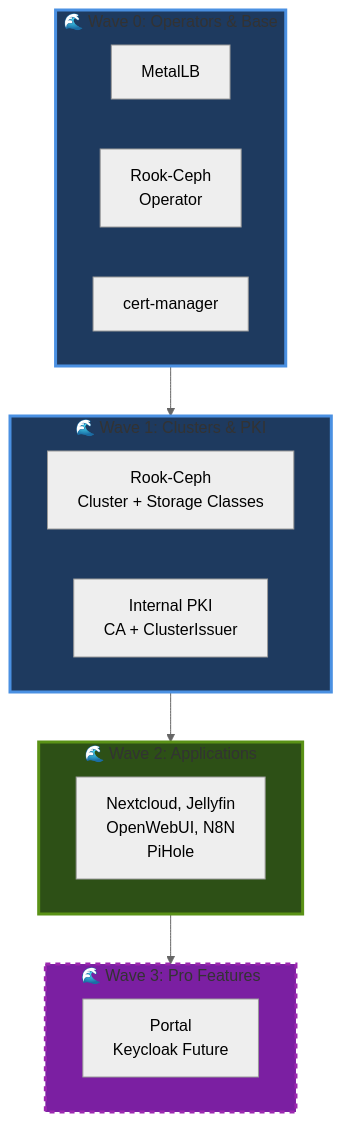
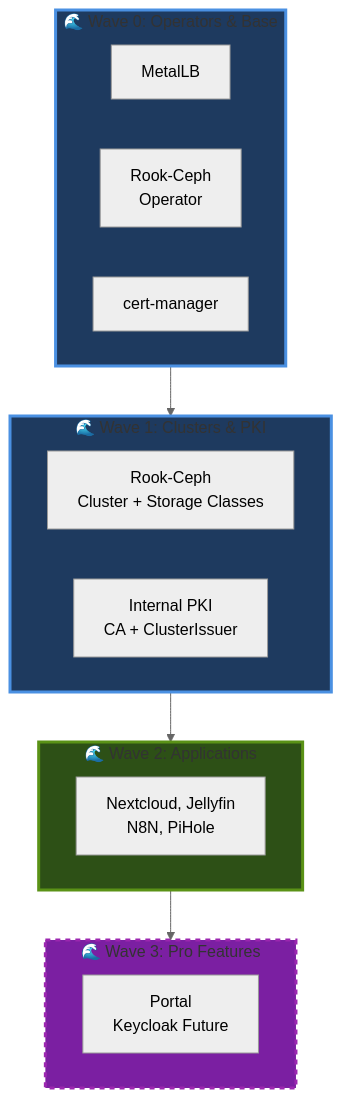
Before and after one commit to seadogger-tech/seadogger-homelab: the sixth of 6 diagrams in docs/wiki/05-GitOps-and-IaC.md, drawn with Mermaid (neutral theme). The commit also changed other lines of this file, not shown here.

Commit message:
docs: update docs/wiki/05-GitOps-and-IaC.md for retired Bedrock, OpenWebUI and Hermes (OCE-101)

````diff
--- a/docs/wiki/05-GitOps-and-IaC.md
+++ b/docs/wiki/05-GitOps-and-IaC.md
@@ -407,30 +379,30 @@
 ```mermaid
 graph TD
     subgraph Wave0["🌊 Wave 0: Operators & Base"]
         MetalLB[MetalLB]
         RookOp[Rook-Ceph<br/>Operator]
         CertMgr[cert-manager]
     end
 
     subgraph Wave1["🌊 Wave 1: Clusters & PKI"]
         RookCluster[Rook-Ceph<br/>Cluster + Storage Classes]
         PKI[Internal PKI<br/>CA + ClusterIssuer]
     end
 
     subgraph Wave2["🌊 Wave 2: Applications"]
-        Apps[Nextcloud, Jellyfin<br/>OpenWebUI, N8N<br/>PiHole]
+        Apps[Nextcloud, Jellyfin<br/>N8N, PiHole]
     end
 
     subgraph WavePro["🌊 Wave 3: Pro Features"]
         Pro[Portal<br/>Keycloak Future]
     end
 
     Wave0 --> Wave1
     Wave1 --> Wave2
     Wave2 --> WavePro
 
     style Wave0 fill:#1e3a5f,stroke:#4a90e2,stroke-width:3px
     style Wave1 fill:#1e3a5f,stroke:#4a90e2,stroke-width:3px
     style Wave2 fill:#2d5016,stroke:#5a9216,stroke-width:3px
     style WavePro fill:#7b1fa2,stroke:#9c27b0,stroke-width:3px,stroke-dasharray: 5 5
 ```
````
